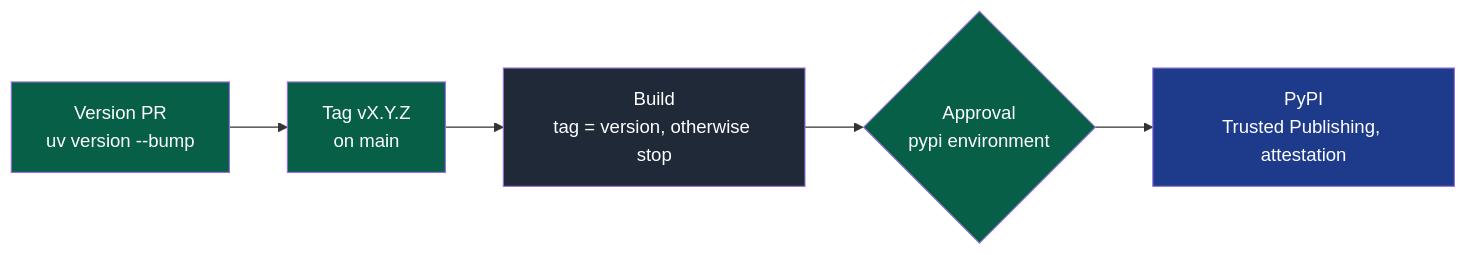
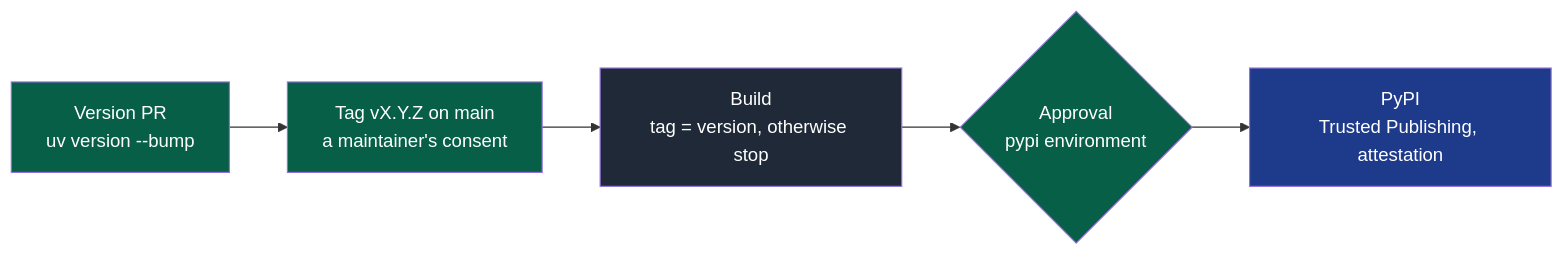
One commit to NapkinStack/engineering-os changed the second of 2 diagrams in CONTRIBUTING.md. Above: the diagram before and after it, drawn with Mermaid. The commit also changed other lines of this file and 3 other files, not shown here.

````diff
--- a/CONTRIBUTING.md
+++ b/CONTRIBUTING.md
@@ -42,11 +45,11 @@
 ```mermaid
 flowchart LR
-    V["Version PR<br/>uv version --bump"]:::human --> T["Tag vX.Y.Z<br/>on main"]:::human
+    V["Version PR<br/>uv version --bump"]:::human --> T["Tag vX.Y.Z on main<br/>a maintainer's consent"]:::human
     T --> C["Build<br/>tag = version, otherwise stop"]:::ci
     C --> A{"Approval<br/>pypi environment"}:::human
     A --> P["PyPI<br/>Trusted Publishing, attestation"]:::pypi
 
     classDef human fill:#065f46,color:#fff
     classDef ci fill:#1f2937,color:#fff
     classDef pypi fill:#1e3a8a,color:#fff
 ```
````
